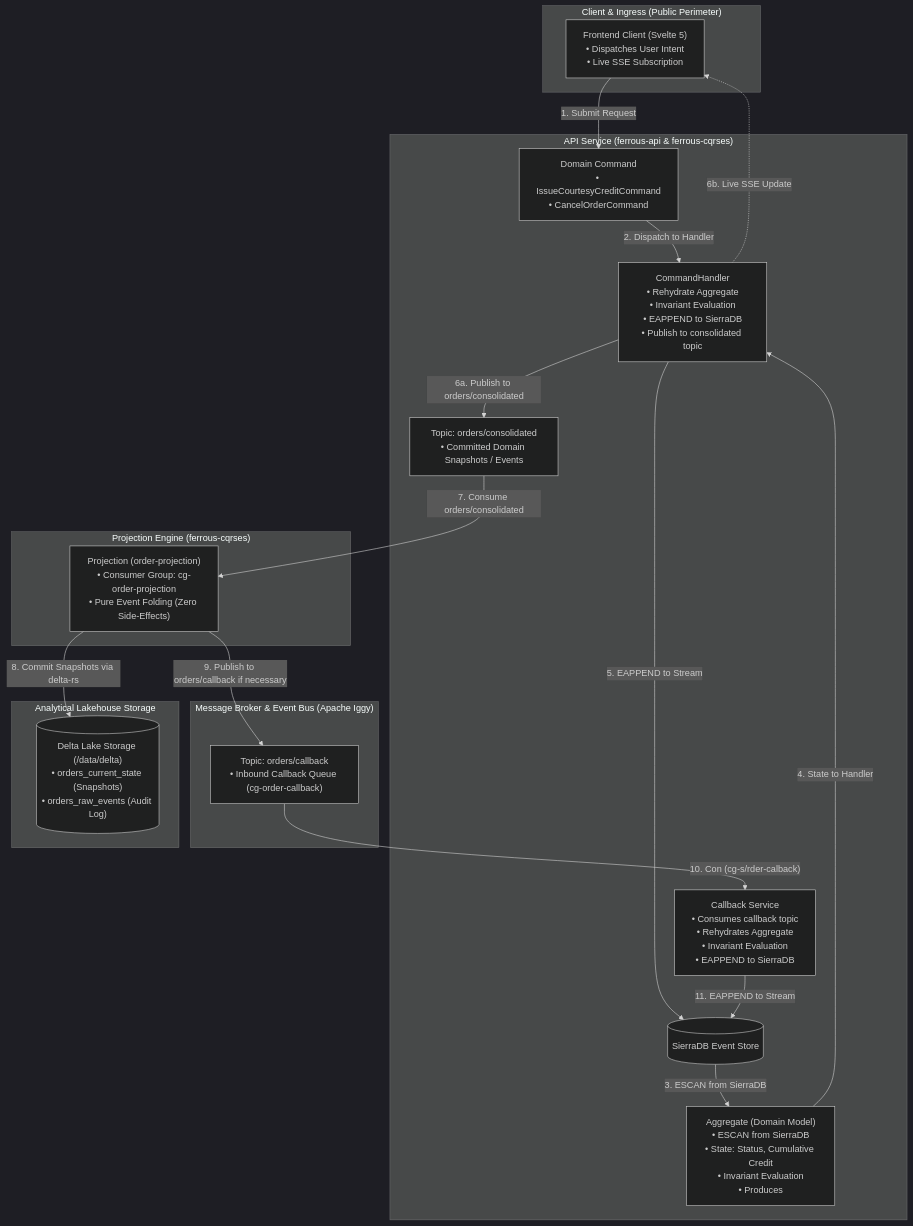
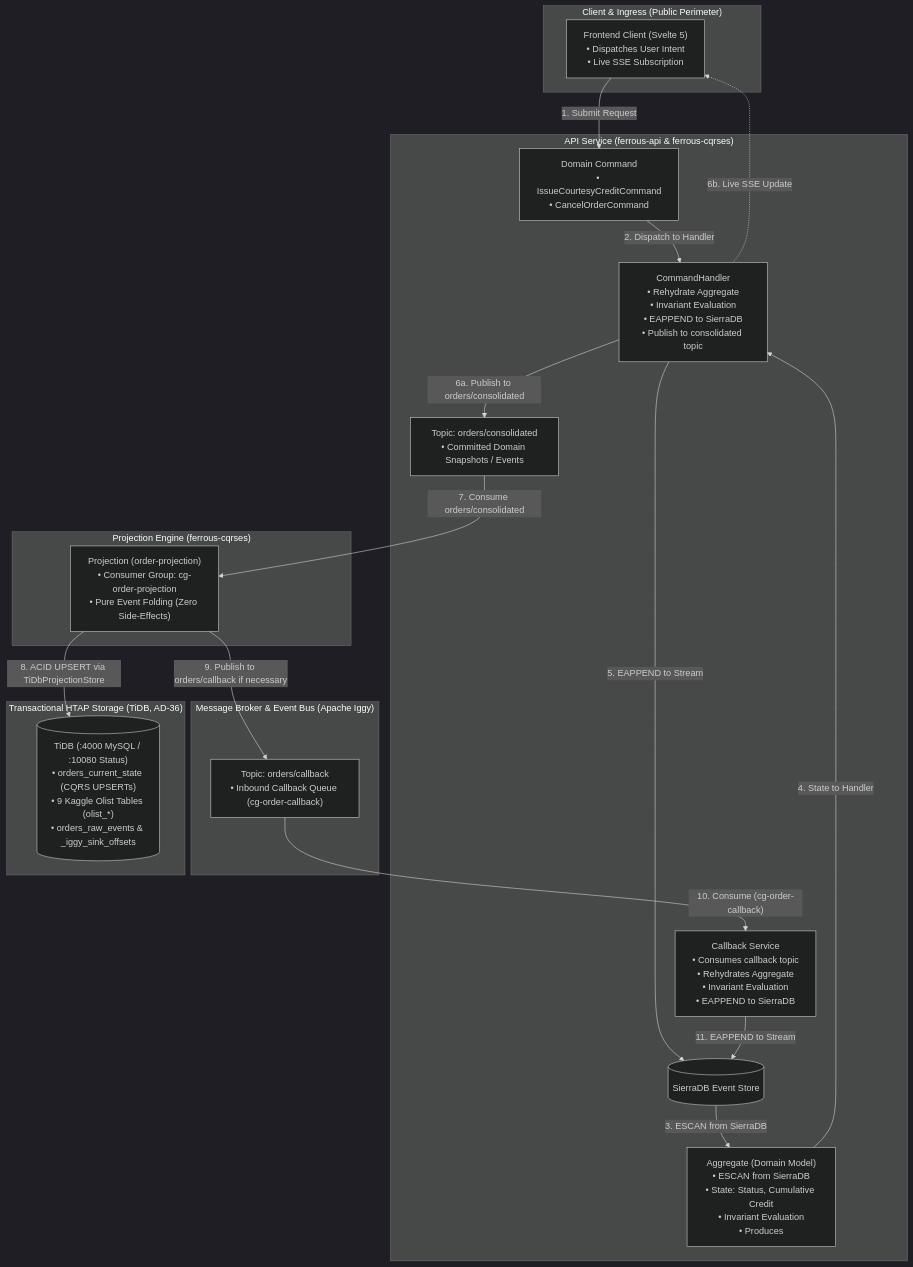
Before and after one commit to reidlai/ferrous-cx: the first of 2 diagrams in README.md, drawn with Mermaid (dark theme). The commit also changed other lines of this file, not shown here.

Commit message:
docs(readme): update architecture diagrams, stack, and quickstart for TiDB (AD-36)

````diff
--- a/README.md
+++ b/README.md
@@ -42,54 +42,53 @@
 ```mermaid
 flowchart TD
     subgraph Client_Tier ["Client & Ingress (Public Perimeter)"]
         Client["Frontend Client (Svelte 5)<br/>• Dispatches User Intent<br/>• Live SSE Subscription"]
     end
 
     subgraph API_Tier ["API Service (ferrous-api & ferrous-cqrses)"]
         Command["Domain Command<br/>• IssueCourtesyCreditCommand<br/>• CancelOrderCommand"]
         CommandHandler["CommandHandler<br/>• Rehydrate Aggregate<br/>• Invariant Evaluation<br/>• EAPPEND to SierraDB<br/>• Publish to consolidated topic"]
         CallbackService["Callback Service<br/>• Consumes callback topic<br/>• Rehydrates Aggregate <br/>• Invariant Evaluation <br/>• EAPPEND to SierraDB"]
         Aggregate["Aggregate (Domain Model)<br/>• ESCAN from SierraDB<br/>• State: Status, Cumulative Credit<br/>• Invariant Evaluation<br/>• Produces"]
         SierraDB[("SierraDB Event Store")]
 
         Command -->|"2. Dispatch to Handler"| CommandHandler
         SierraDB -->|"3. ESCAN from SierraDB"| Aggregate
         Aggregate -->|"4. State to Handler"| CommandHandler
         CommandHandler -->|"5. EAPPEND to Stream"| SierraDB
         CommandHandler -->|"6a. Publish to orders/consolidated"| IggyConsolidated
         CallbackService -->|"11. EAPPEND to Stream"| SierraDB
 
     end
 
     subgraph Streaming_Fabric ["Message Broker & Event Bus (Apache Iggy)"]
         IggyCallback["Topic: orders/callback<br/>• Inbound Callback Queue (cg-order-callback)"]
         IggyConsolidated["Topic: orders/consolidated<br/>• Committed Domain Snapshots / Events"]
     end
 
     subgraph Projection_Tier ["Projection Engine (ferrous-cqrses)"]
         Projection["Projection (order-projection)<br/>• Consumer Group: cg-order-projection<br/>• Pure Event Folding (Zero Side-Effects)"]
     end
 
-    subgraph Lakehouse_Tier ["Analytical Lakehouse Storage"]
-        DeltaLake[("Delta Lake Storage (/data/delta)<br/>• orders_current_state (Snapshots)<br/>• orders_raw_events (Audit Log)")]
+    subgraph Persistence_Tier ["Transactional HTAP Storage (TiDB, AD-36)"]
+        TiDB[("TiDB (:4000 MySQL / :10080 Status)<br/>• orders_current_state (CQRS UPSERTs)<br/>• 9 Kaggle Olist Tables (olist_*)<br/>• orders_raw_events & _iggy_sink_offsets")]
     end
 
     Client_Tier ~~~ API_Tier
     API_Tier ~~~ Streaming_Fabric
     Streaming_Fabric ~~~ Projection_Tier
-    Projection_Tier ~~~ Lakehouse_Tier
+    Projection_Tier ~~~ Persistence_Tier
 
     %% Step 1: User Command Ingestion
     Client -->|"1. Submit Request"| Command
     CommandHandler -.->|"6b. Live SSE Update"| Client
 
-    
-    %% Step 3: Projections & Delta Lake Write
+    %% Step 3: Projections & TiDB Transactional Write
     IggyConsolidated -->|"7. Consume orders/consolidated"| Projection
-    Projection -->|"8. Commit Snapshots via delta-rs"| DeltaLake
+    Projection -->|"8. ACID UPSERT via TiDbProjectionStore"| TiDB
     Projection -->|"9. Publish to orders/callback if necessary"| IggyCallback
 
     %% Step 2: Callback Queue Ingestion
-    IggyCallback -->|"10. Con (cg-s/rder-calback)"| CallbackService
+    IggyCallback -->|"10. Consume (cg-order-callback)"| CallbackService
 
 ```
````
